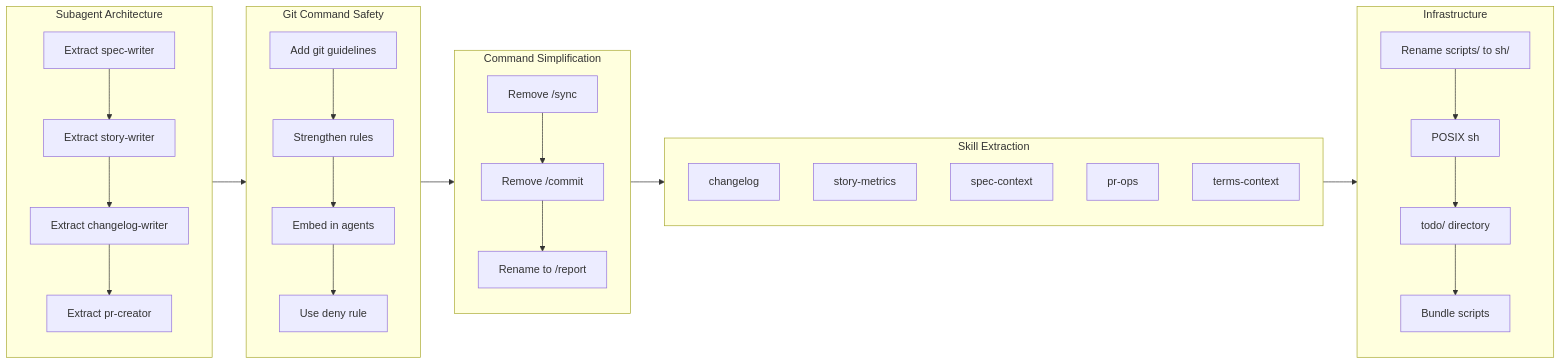
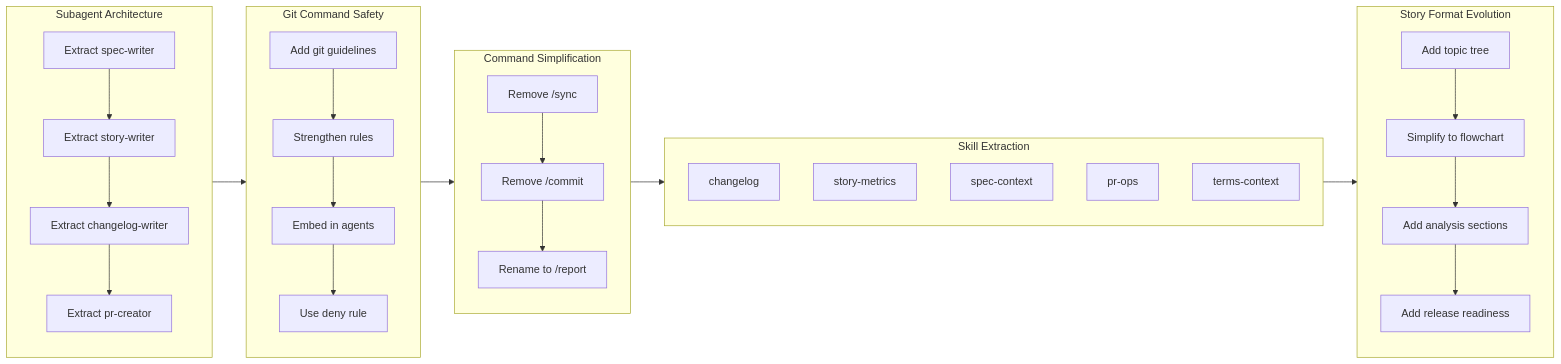
One commit to qmu/workaholic changed the diagram in .workaholic/stories/feat-20260126-214833.md. Above: the diagram before and after it, drawn with Mermaid. The commit also changed other lines of this file and 30 other files, not shown here.

````diff
--- a/.workaholic/stories/feat-20260126-214833.md
+++ b/.workaholic/stories/feat-20260126-214833.md
@@ -32,24 +39,29 @@
 ```mermaid
 flowchart LR
   subgraph Subagents[Subagent Architecture]
+    direction TB
     s1[Extract spec-writer] --> s2[Extract story-writer] --> s3[Extract changelog-writer] --> s4[Extract pr-creator]
   end
 
   subgraph GitSafety[Git Command Safety]
+    direction TB
     g1[Add git guidelines] --> g2[Strengthen rules] --> g3[Embed in agents] --> g4[Use deny rule]
   end
 
   subgraph Commands[Command Simplification]
+    direction TB
     c1[Remove /sync] --> c2[Remove /commit] --> c3[Rename to /report]
   end
 
   subgraph Skills[Skill Extraction]
+    direction TB
     k1[changelog] & k2[story-metrics] & k3[spec-context] & k4[pr-ops] & k5[terms-context]
   end
 
-  subgraph Infra[Infrastructure]
-    i1[Rename scripts/ to sh/] --> i2[POSIX sh] --> i3[todo/ directory] --> i4[Bundle scripts]
+  subgraph StoryFormat[Story Format Evolution]
+    direction TB
+    f1[Add topic tree] --> f2[Simplify to flowchart] --> f3[Add analysis sections] --> f4[Add release readiness]
   end
 
-  Subagents --> GitSafety --> Commands --> Skills --> Infra
+  Subagents --> GitSafety --> Commands --> Skills --> StoryFormat
 ```
````
